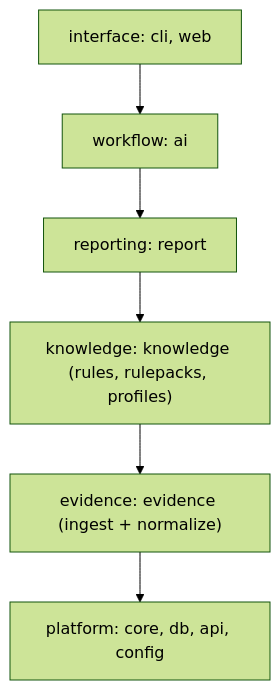
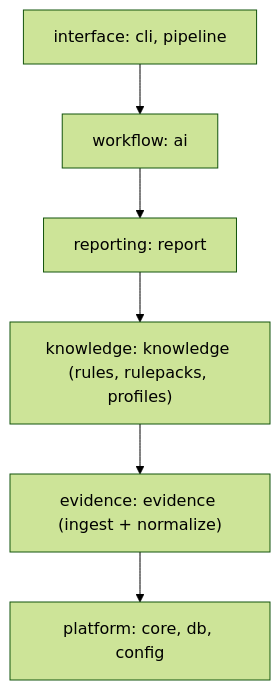
Before and after one commit to sumeshi/forensia: the second of 4 diagrams in docs/architecture.md, drawn with Mermaid (forest theme). The commit also changed other lines of this file and 82 other files, not shown here.

````diff
--- a/docs/architecture.md
+++ b/docs/architecture.md
@@ -124,8 +161,8 @@
 ```mermaid
 flowchart TD
-    interface["interface: cli, web"] --> workflow["workflow: ai"]
+    interface["interface: cli, pipeline"] --> workflow["workflow: ai"]
     workflow --> reporting["reporting: report"]
     reporting --> knowledge["knowledge: knowledge (rules, rulepacks, profiles)"]
     knowledge --> evidence["evidence: evidence (ingest + normalize)"]
-    evidence --> platform["platform: core, db, api, config"]
+    evidence --> platform["platform: core, db, config"]
 ```
````
